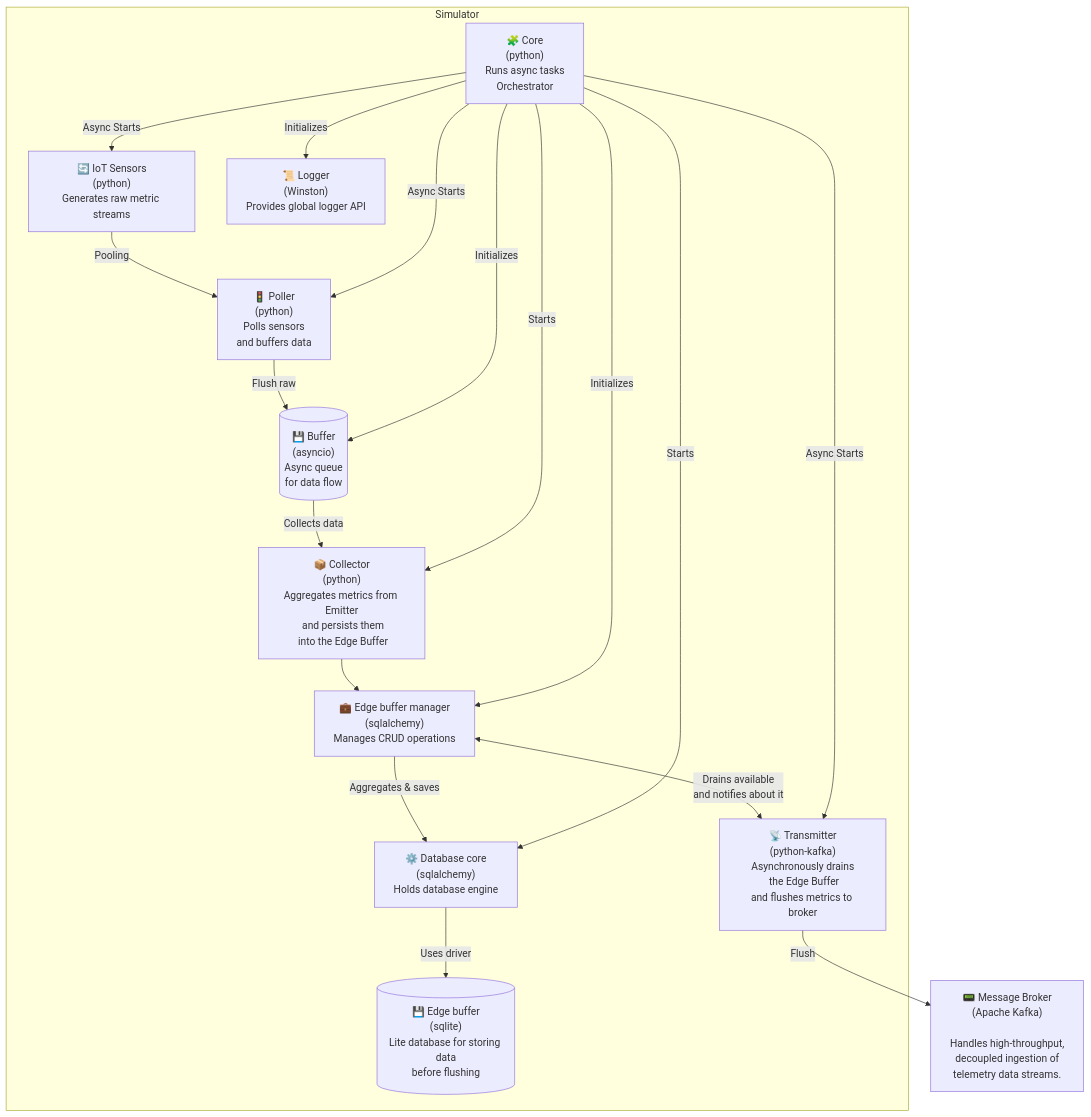
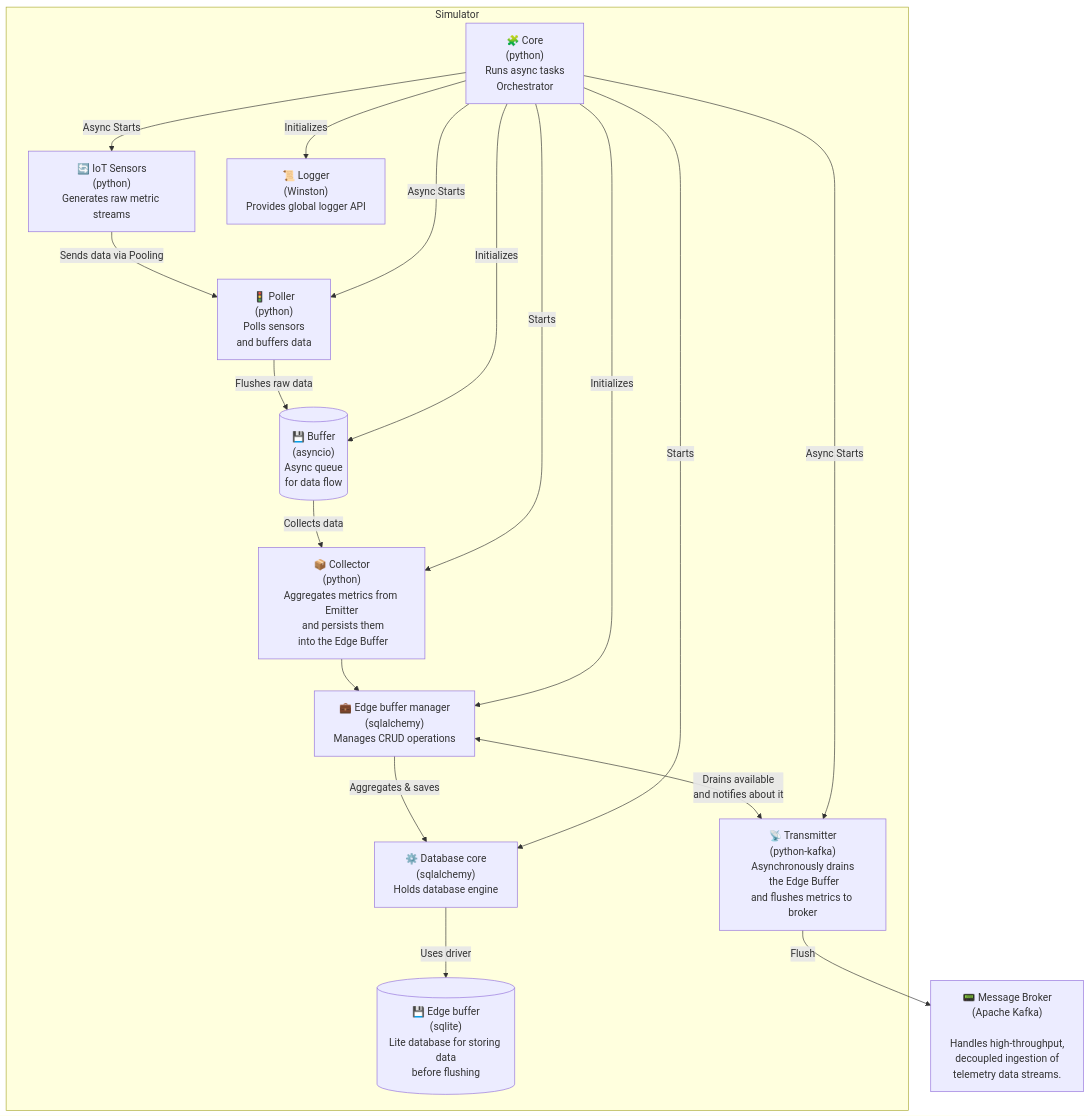
One commit to Upcomer2077/SmartCity changed the second of 2 diagrams in docs/02_architecture/c4_3_component.md. Above: the diagram before and after it, drawn with Mermaid. The commit also changed other lines of this file and 11 other files, not shown here.

````diff
--- a/docs/02_architecture/c4_3_component.md
+++ b/docs/02_architecture/c4_3_component.md
@@ -82,34 +82,34 @@
 ```mermaid
 flowchart TB
   %% Ingestion & Brokers
   Kafka["📟 Message Broker\n(Apache Kafka)\n\nHandles high-throughput,\ndecoupled ingestion of\ntelemetry data streams."]
   subgraph Simulator
       Core["🧩 Core\n(python)\nRuns async tasks\nOrchestrator"]
      
       Edge[("💾 Edge buffer\n(sqlite)\nLite database for storing data\nbefore flushing")]
       EdgeCore["⚙️ Database core\n(sqlalchemy)\nHolds database engine"]
       EdgeManager["💼 Edge buffer manager\n(sqlalchemy)\nManages CRUD operations"]
 
       Sensor["🔄 IoT Sensors\n(python)\nGenerates raw metric streams"]
       AQueue[("💾 Buffer\n(asyncio)\nAsync queue\nfor data flow")]
       Poller["🚦 Poller\n(python)\nPolls sensors\n and buffers data"]
       Collector["📦 Collector\n(python)\nAggregates metrics from Emitter\n and persists them\n into the Edge Buffer"]
       
       Transmitter["📡 Transmitter\n(python-kafka)\nAsynchronously drains\n the Edge Buffer\nand flushes metrics to broker"]
 
       Logger["📜 Logger\n(Winston)\nProvides global logger API"]
       end
 
-    Sensor -->|Pooling| Poller -->|Flush raw| AQueue -->|Collects data| Collector --> EdgeManager -->|Aggregates & saves| EdgeCore -->|Uses driver| Edge
+    Sensor -->|Sends data via Pooling| Poller -->|Flushes raw data| AQueue -->|Collects data| Collector --> EdgeManager -->|"Aggregates & saves"| EdgeCore -->|Uses driver| Edge
     EdgeManager <-->|Drains available\nand notifies about it | Transmitter
     Core -->|Async Starts| Sensor
     Core -->|Async Starts| Poller
     Core -->|Starts| Collector
     Core -->|Initializes| AQueue
     Core -->|Starts| EdgeCore
     Core -->|Initializes| EdgeManager
     Core -->|Initializes| Logger
     Core -->|Async Starts| Transmitter
 
     Transmitter -->|Flush| Kafka
 ```
````
